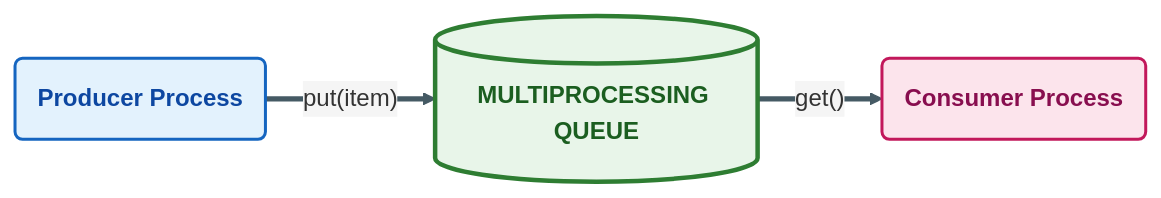
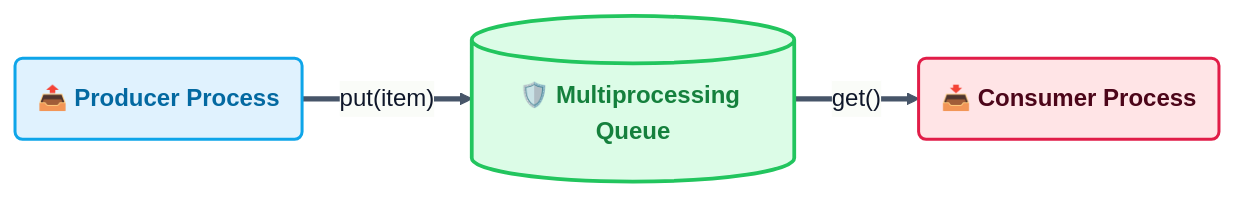
Before and after one commit to RameenAnwar/PDC-SP26-SE: the seventh of 10 diagrams in SyedMuhammadHuzaifaAshrafi-(23FA-035-SE)/Chapter03/README.md, drawn with Mermaid. The commit also changed other lines of this file and 5 other files, not shown here.

````diff
--- a/SyedMuhammadHuzaifaAshrafi-(23FA-035-SE)/Chapter03/README.md
+++ b/SyedMuhammadHuzaifaAshrafi-(23FA-035-SE)/Chapter03/README.md
@@ -408,19 +173,19 @@
 ```mermaid
-%%{init: {'theme': 'base', 'themeVariables': { 'lineColor': '#455A64', 'primaryColor': '#F5F5F5' }}}%%
+%%{init: {'theme': 'base', 'themeVariables': { 'lineColor': '#475569', 'primaryColor': '#f8fafc', 'primaryTextColor': '#0f172a', 'primaryBorderColor': '#cbd5e1' }}}%%
 flowchart LR
-    %% Pro Max IPC Queue Visual
-    classDef queue fill:#E8F5E9,stroke:#2E7D32,stroke-width:3px,color:#1B5E20,font-weight:bold
-    classDef prod fill:#E3F2FD,stroke:#1565C0,stroke-width:2px,color:#0D47A1,font-weight:bold
-    classDef cons fill:#FCE4EC,stroke:#C2185B,stroke-width:2px,color:#880E4F,font-weight:bold
+    %% Premium IPC Queue Visual
+    classDef queue fill:#dcfce7,stroke:#22c55e,stroke-width:2.5px,color:#15803d,font-weight:bold
+    classDef prod fill:#e0f2fe,stroke:#0ea5e9,stroke-width:2px,color:#0369a1,font-weight:bold
+    classDef cons fill:#ffe4e6,stroke:#e11d48,stroke-width:2px,color:#4c0519,font-weight:bold
 
-    P(Producer Process)
-    Q[(MULTIPROCESSING QUEUE)]
-    C(Consumer Process)
+    P("📤 Producer Process")
+    Q[("🛡️ Multiprocessing Queue")]
+    C("📥 Consumer Process")
     
     P == "put(item)" ==> Q
     Q == "get()" ==> C
 
     class Q queue
     class P prod
     class C cons
 ```
````
